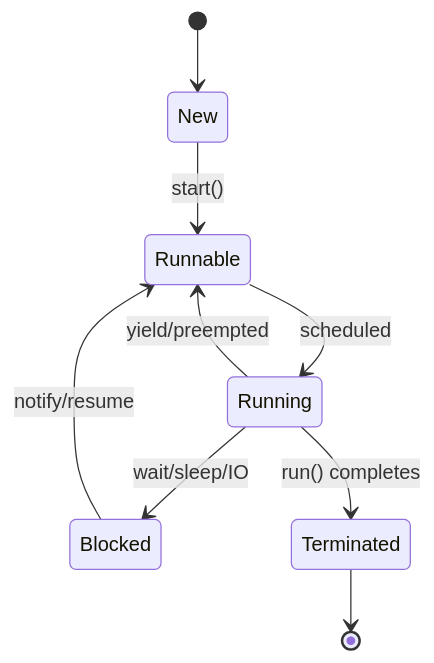
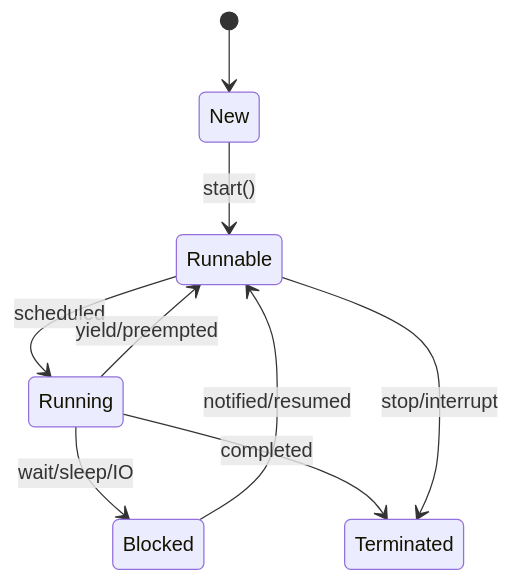
The diagram in multithreading-and-concurrency-in-java/README.md (VrushankPatel/interview-matters), drawn with Mermaid before and after one commit. The commit also changed other lines of this file and 6 other files, not shown here.

````diff
--- a/multithreading-and-concurrency-in-java/README.md
+++ b/multithreading-and-concurrency-in-java/README.md
@@ -54,11 +23,11 @@
 ```mermaid
 stateDiagram-v2
     [*] --> New
-    New --> Runnable : start()
-    Runnable --> Running : scheduled
-    Running --> Runnable : yield/preempted
-    Running --> Blocked : wait/sleep/IO
-    Blocked --> Runnable : notify/resume
-    Running --> Terminated : run() completes
-    Terminated --> [*]
+    New --> Runnable: start()
+    Runnable --> Running: scheduled
+    Running --> Runnable: yield/preempted
+    Running --> Blocked: wait/sleep/IO
+    Blocked --> Runnable: notified/resumed
+    Running --> Terminated: completed
+    Runnable --> Terminated: stop/interrupt
 ```
````
